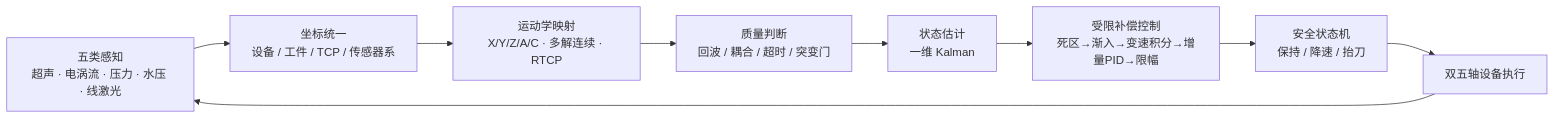
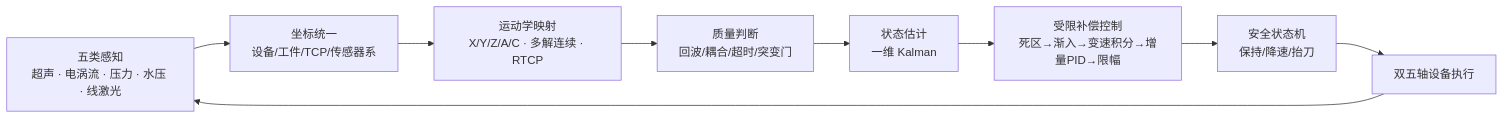
Before and after one commit to l2ktech/wzy-portfolio: the diagram in content/projects/top.md, drawn with Mermaid. The commit also changed other lines of this file and 5 other files, not shown here.

````diff
--- a/content/projects/top.md
+++ b/content/projects/top.md
@@ -23,11 +11,11 @@
 ```mermaid
 flowchart LR
-    A["五类感知<br/>超声 · 电涡流 · 压力 · 水压 · 线激光"] --> B["坐标统一<br/>设备 / 工件 / TCP / 传感器系"]
+    A["五类感知<br/>超声 · 电涡流 · 压力 · 水压 · 线激光"] --> B["坐标统一<br/>设备/工件/TCP/传感器系"]
     B --> C["运动学映射<br/>X/Y/Z/A/C · 多解连续 · RTCP"]
-    C --> D["质量判断<br/>回波 / 耦合 / 超时 / 突变门"]
+    C --> D["质量判断<br/>回波/耦合/超时/突变门"]
     D --> E["状态估计<br/>一维 Kalman"]
     E --> F["受限补偿控制<br/>死区→渐入→变速积分→增量PID→限幅"]
-    F --> G["安全状态机<br/>保持 / 降速 / 抬刀"]
+    F --> G["安全状态机<br/>保持/降速/抬刀"]
     G --> H["双五轴设备执行"]
     H --> A
 ```
````
